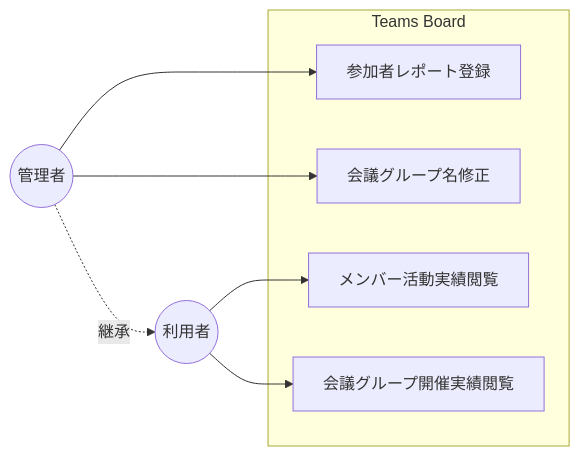
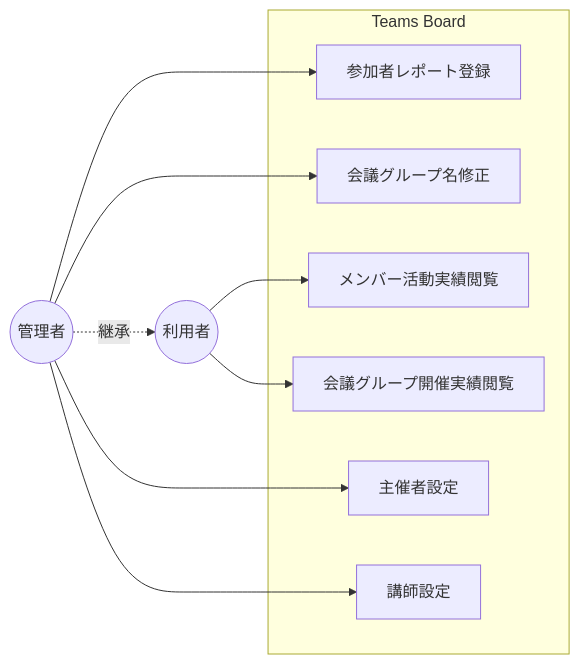
Before and after one commit to nuitsjp/teams-board: the second of 3 diagrams in docs/index.md, drawn with Mermaid. The commit also changed other lines of this file and 6 other files, not shown here.

````diff
--- a/docs/index.md
+++ b/docs/index.md
@@ -58,18 +60,22 @@
 ```mermaid
 graph LR
     管理者((管理者))
     利用者((利用者))
 
     subgraph Teams Board
         UC1[参加者レポート登録]
         UC2[会議グループ名修正]
         UC3[メンバー活動実績閲覧]
         UC4[会議グループ開催実績閲覧]
+        UC5[主催者設定]
+        UC6[講師設定]
     end
 
     管理者 -.->|継承| 利用者
     管理者 --> UC1
     管理者 --> UC2
+    管理者 --> UC5
+    管理者 --> UC6
     利用者 --> UC3
     利用者 --> UC4
 ```
````
